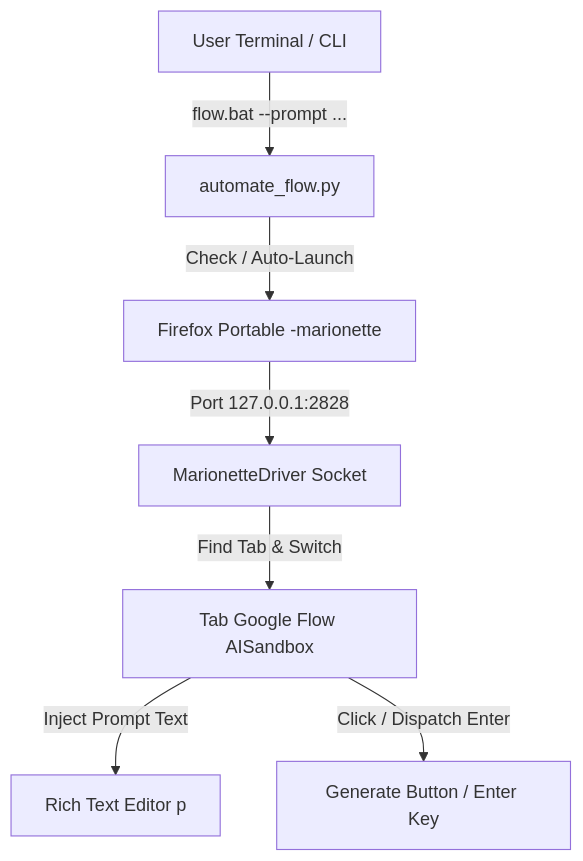
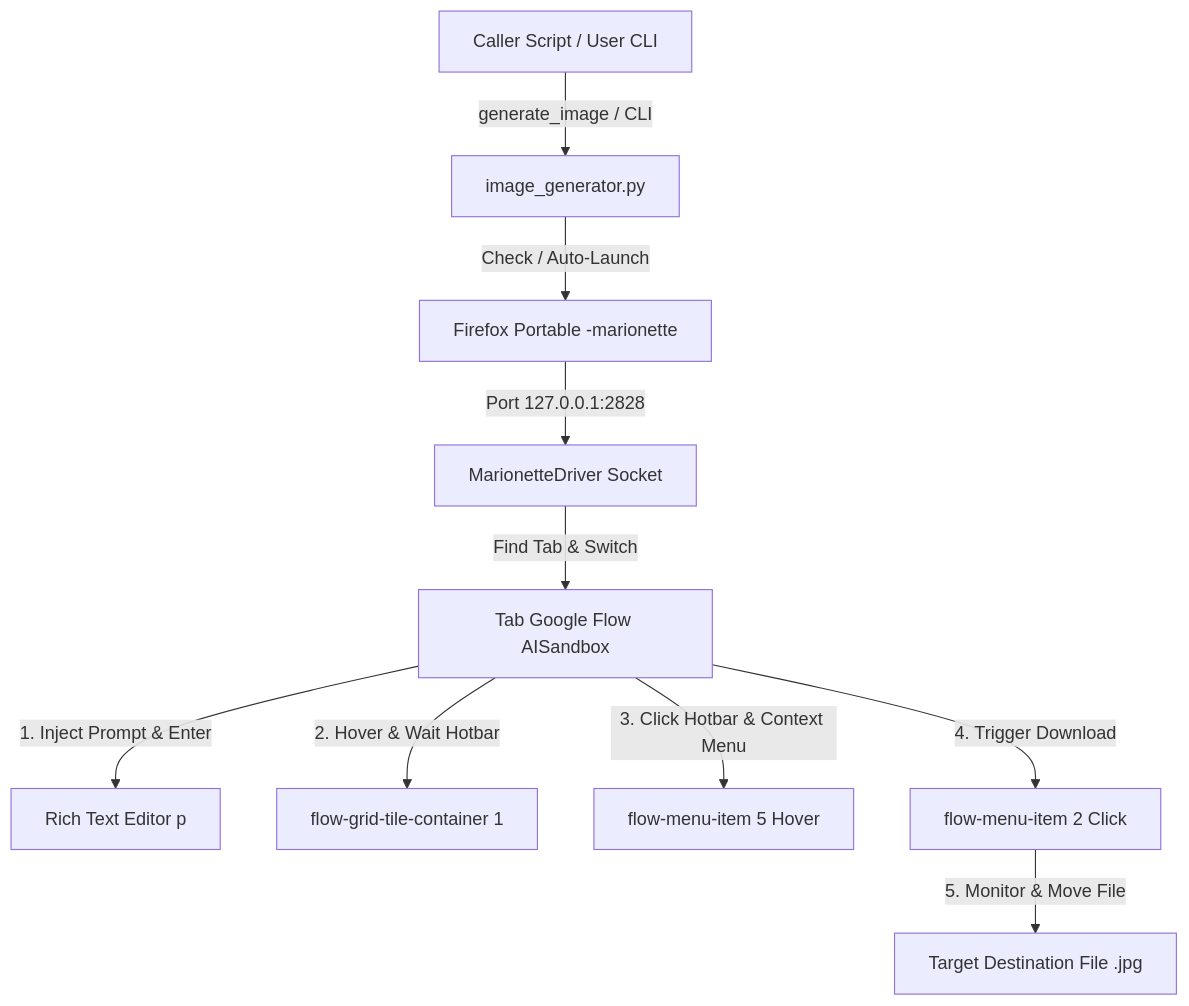
One commit to ululazmi18/image-generator changed the diagram in .agents/memory/PRD.md. Above: the diagram before and after it, drawn with Mermaid. The commit also changed other lines of this file and 9 other files, not shown here.

Commit message:
feat(flow): add tile hover, hotbar detection, image download, and rename to Image Generator

````diff
--- a/.agents/memory/PRD.md
+++ b/.agents/memory/PRD.md
@@ -34,9 +37,12 @@
 ```mermaid
 graph TD
-    A[User Terminal / CLI] -->|flow.bat --prompt ...| B[automate_flow.py]
+    A[Caller Script / User CLI] -->|generate_image / CLI| B[image_generator.py]
     B -->|Check / Auto-Launch| C[Firefox Portable -marionette]
     C -->|Port 127.0.0.1:2828| D[MarionetteDriver Socket]
     D -->|Find Tab & Switch| E[Tab Google Flow AISandbox]
-    E -->|Inject Prompt Text| F[Rich Text Editor p]
-    E -->|Click / Dispatch Enter| G[Generate Button / Enter Key]
+    E -->|1. Inject Prompt & Enter| F[Rich Text Editor p]
+    E -->|2. Hover & Wait Hotbar| G[flow-grid-tile-container 1]
+    E -->|3. Click Hotbar & Context Menu| H[flow-menu-item 5 Hover]
+    E -->|4. Trigger Download| I[flow-menu-item 2 Click]
+    I -->|5. Monitor & Move File| J[Target Destination File .jpg]
 ```
````
